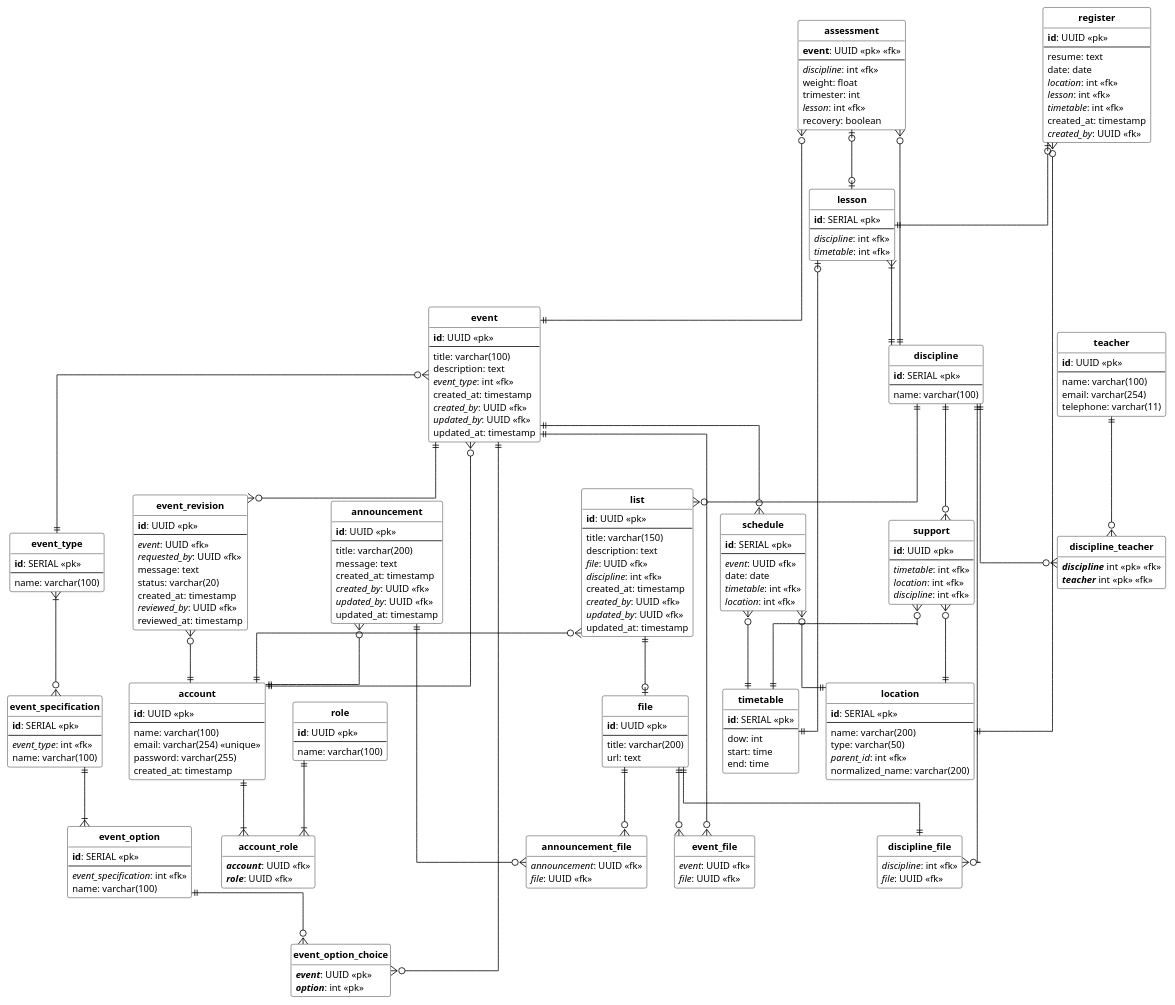
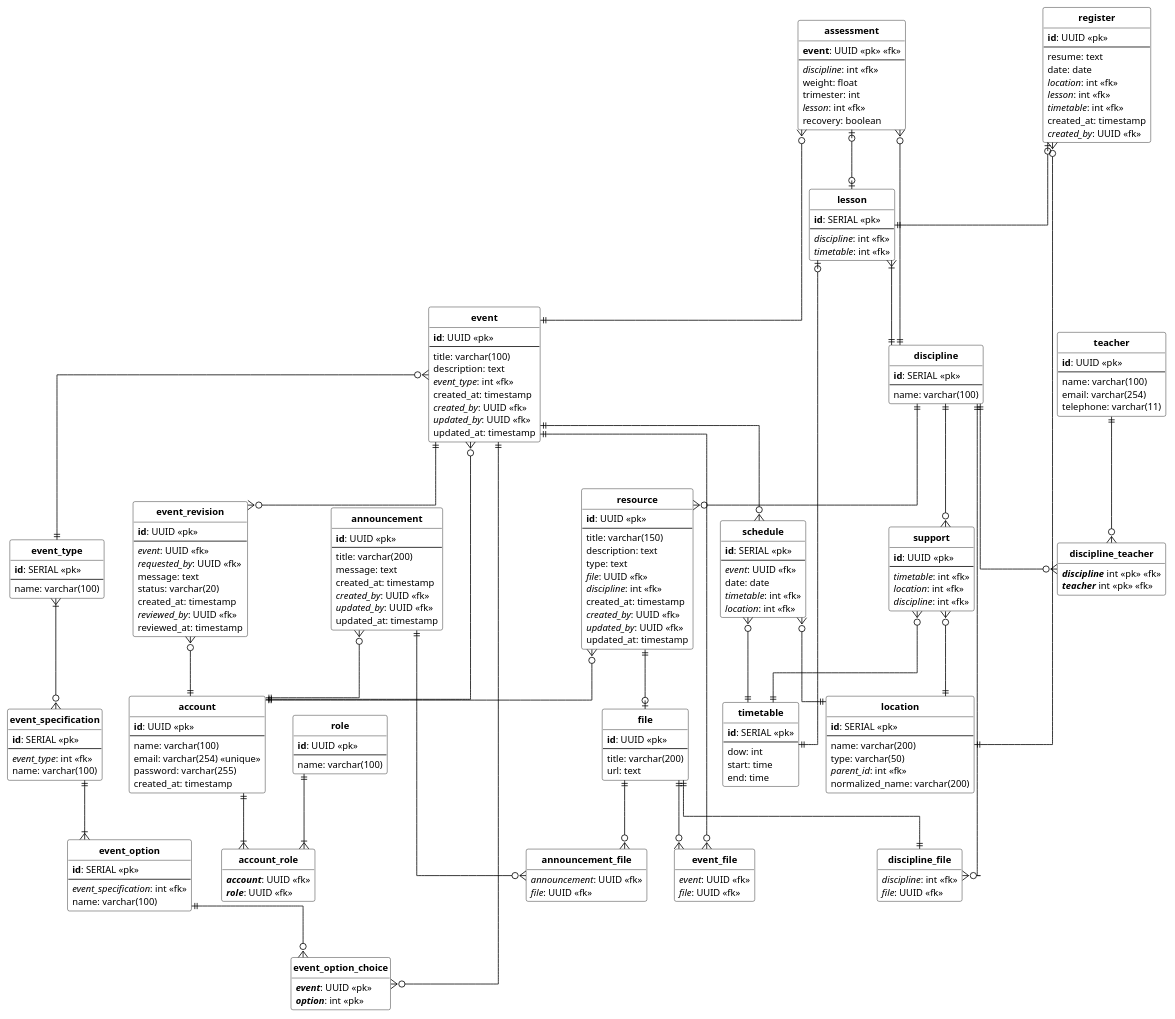
Before and after one commit to brunofagundesdev/PlantaLendario: the diagram in database/modeling.plantuml, drawn with PlantUML. The commit also changed 24 other files, not shown here.

```diff
--- a/database/modeling.plantuml
+++ b/database/modeling.plantuml
@@ -194,11 +194,12 @@
   <i>file</i>: UUID <<fk>>
 }
 
-entity list {
+entity resource {
   **id**: UUID <<pk>>
   --
   title: varchar(150)
   description: text
+  type: text
   <i>file</i>: UUID <<fk>>
   <i>discipline</i>: int <<fk>>
   created_at: timestamp
@@ -239,8 +240,8 @@
 schedule }o--|| location
 schedule }o--|| timetable
 
-discipline ||--o{ list
-list ||--o| file
+discipline ||--o{ resource
+resource ||--o| file
 
 event ||--o{ event_file
 file ||--o{ event_file
@@ -251,7 +252,7 @@
 discipline ||--o{ discipline_file
 file ||--|| discipline_file
 
-list }o--|| account
+resource }o--|| account
 assessment }o--|| discipline
 
 event ||--o{ event_revision
```
